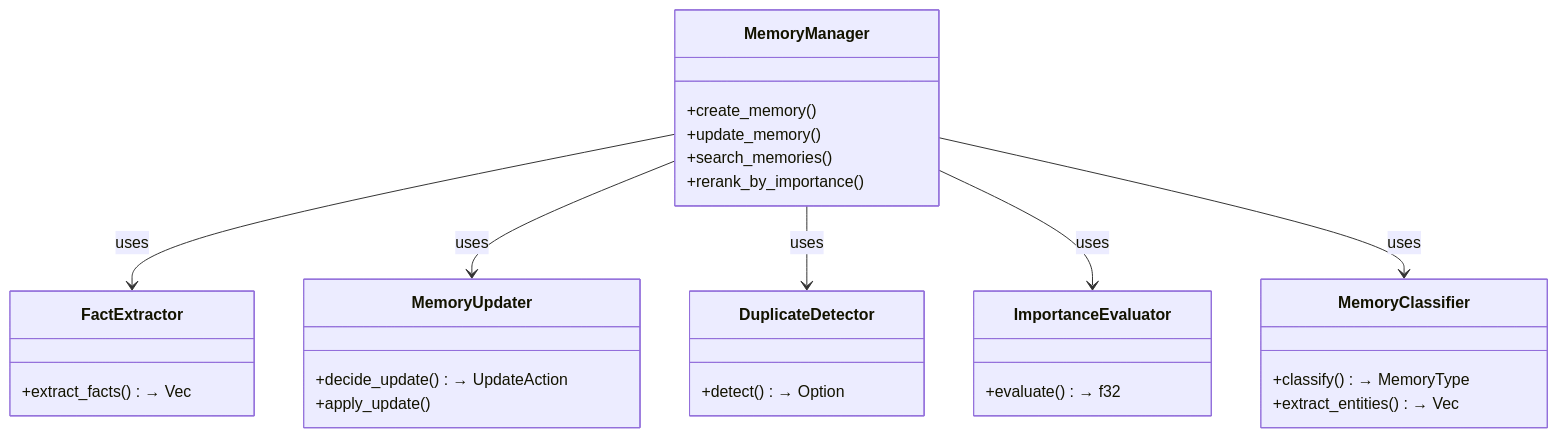
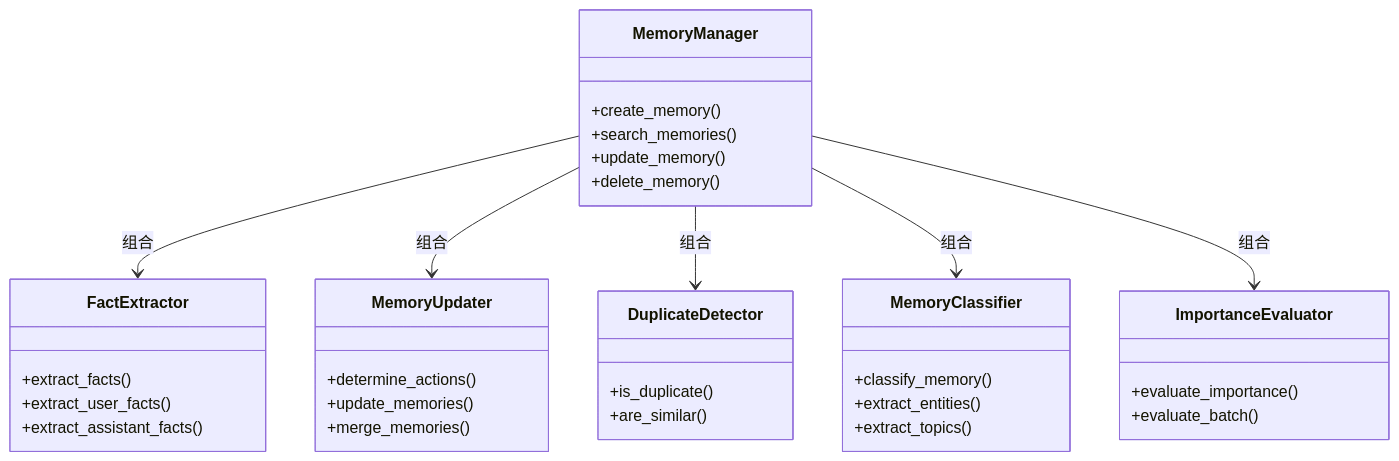
Before and after one commit to sopaco/cortex-mem: the third of 9 diagrams in litho.docs/2、架构概览.md, drawn with Mermaid. The commit also changed other lines of this file and 16 other files, not shown here.

````diff
--- a/litho.docs/2、架构概览.md
+++ b/litho.docs/2、架构概览.md
@@ -267,32 +199,43 @@
 ```mermaid
 classDiagram
     class MemoryManager {
         +create_memory()
+        +search_memories()
         +update_memory()
-        +search_memories()
-        +rerank_by_importance()
-    }
-    class FactExtractor {
-        +extract_facts() → Vec<ExtractedFact>
-    }
-    class MemoryUpdater {
-        +decide_update() → UpdateAction
-        +apply_update()
-    }
-    class DuplicateDetector {
-        +detect() → Option<MergeCandidate>
-    }
-    class ImportanceEvaluator {
-        +evaluate() → f32
-    }
-    class MemoryClassifier {
-        +classify() → MemoryType
-        +extract_entities() → Vec<String>
+        +delete_memory()
     }
 
-    MemoryManager --> FactExtractor : uses
-    MemoryManager --> MemoryUpdater : uses
-    MemoryManager --> DuplicateDetector : uses
-    MemoryManager --> ImportanceEvaluator : uses
-    MemoryManager --> MemoryClassifier : uses
+    class FactExtractor {
+        +extract_facts()
+        +extract_user_facts()
+        +extract_assistant_facts()
+    }
+
+    class MemoryUpdater {
+        +determine_actions()
+        +update_memories()
+        +merge_memories()
+    }
+
+    class DuplicateDetector {
+        +is_duplicate()
+        +are_similar()
+    }
+
+    class MemoryClassifier {
+        +classify_memory()
+        +extract_entities()
+        +extract_topics()
+    }
+
+    class ImportanceEvaluator {
+        +evaluate_importance()
+        +evaluate_batch()
+    }
+
+    MemoryManager --> FactExtractor : 组合
+    MemoryManager --> MemoryUpdater : 组合
+    MemoryManager --> DuplicateDetector : 组合
+    MemoryManager --> MemoryClassifier : 组合
+    MemoryManager --> ImportanceEvaluator : 组合
 ```
````
